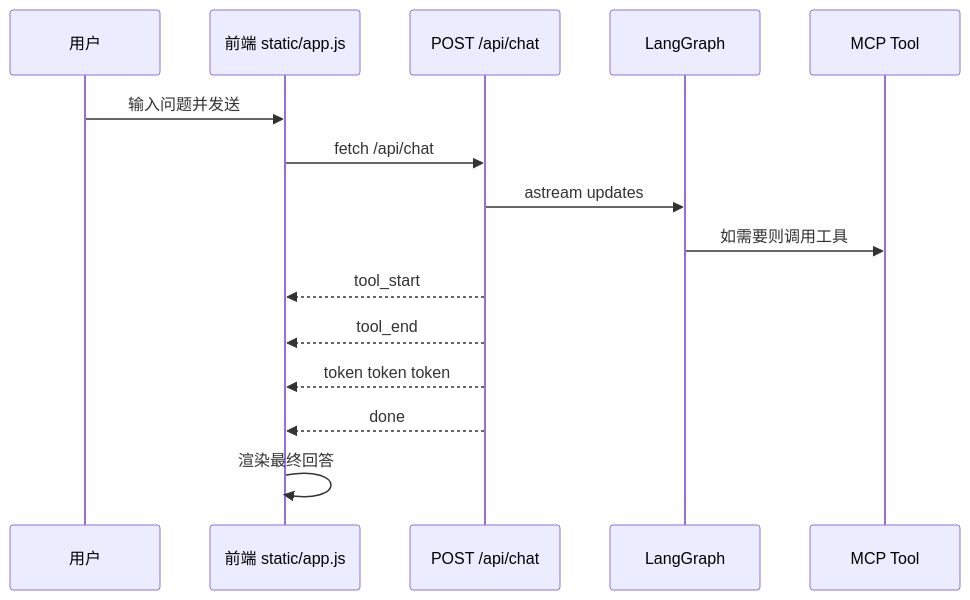
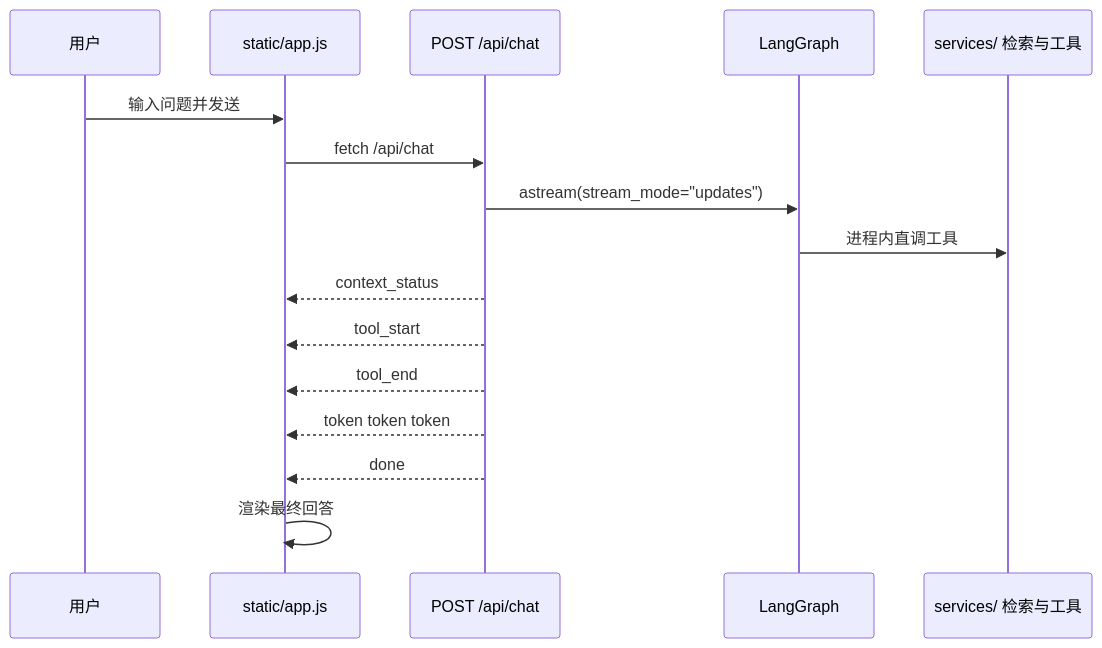
The sixth of 6 diagrams in docs/report/project-report.md (uuo00n/lexcore-legal-agent), drawn with Mermaid before and after one commit. The commit also changed other lines of this file and 28 other files, not shown here.

````diff
--- a/docs/report/project-report.md
+++ b/docs/report/project-report.md
@@ -725,18 +770,19 @@
 ```mermaid
 sequenceDiagram
   participant User as 用户
-  participant UI as 前端 static/app.js
+  participant UI as static/app.js
   participant API as POST /api/chat
   participant Graph as LangGraph
-  participant Tool as MCP Tool
+  participant Svc as services/ 检索与工具
 
   User->>UI: 输入问题并发送
   UI->>API: fetch /api/chat
-  API->>Graph: astream updates
-  Graph->>Tool: 如需要则调用工具
+  API->>Graph: astream(stream_mode="updates")
+  Graph->>Svc: 进程内直调工具
+  API-->>UI: context_status
   API-->>UI: tool_start
   API-->>UI: tool_end
   API-->>UI: token token token
   API-->>UI: done
   UI->>UI: 渲染最终回答
 ```
````
